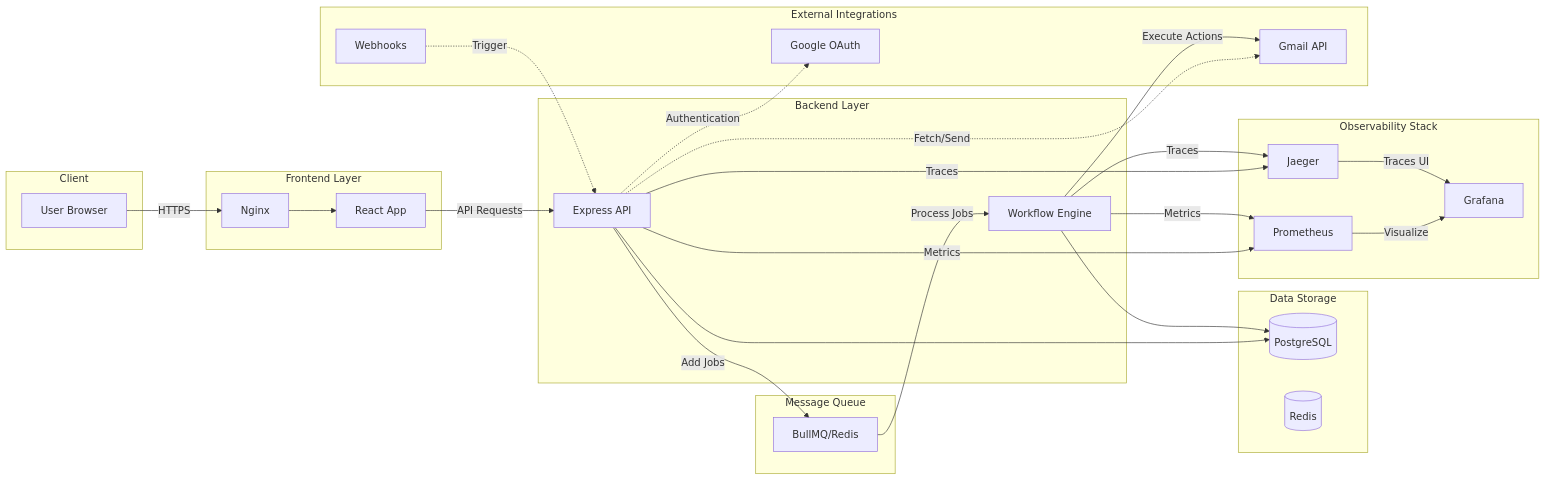
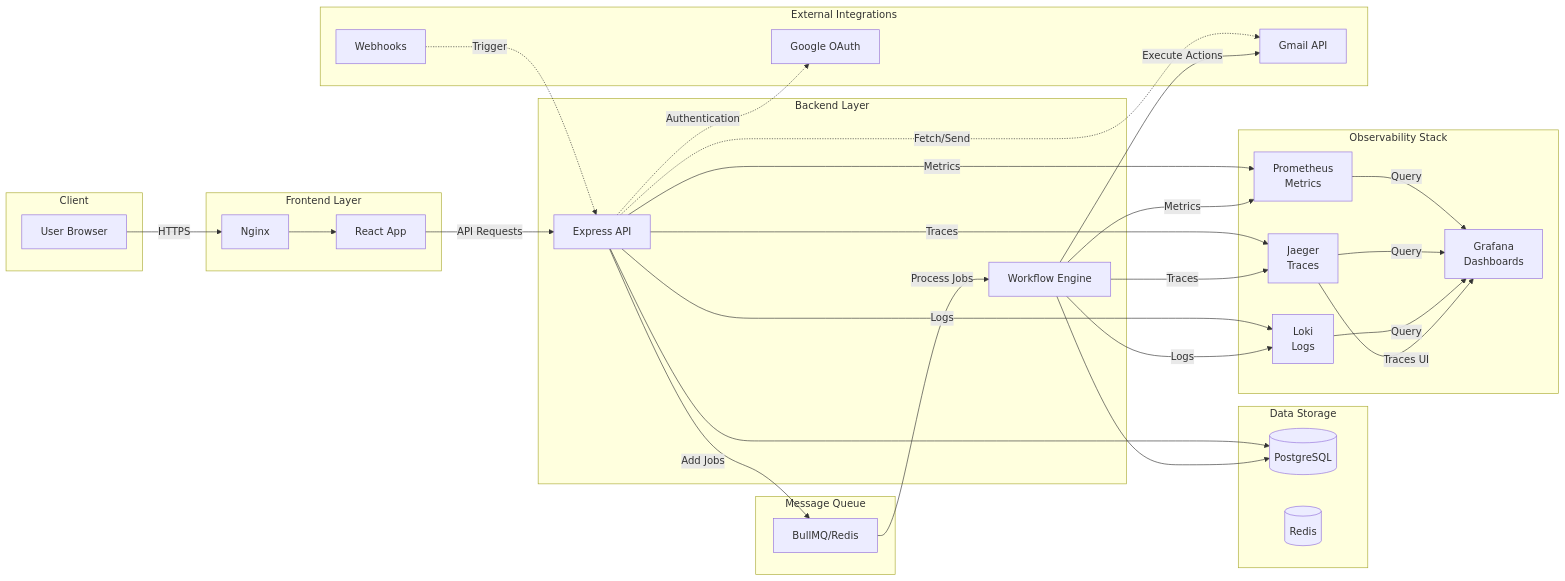
One commit to JagjeevanAK/nEn changed the diagram in README.md. Above: the diagram before and after it, drawn with Mermaid. The commit also changed other lines of this file and 13 other files, not shown here.

````diff
--- a/README.md
+++ b/README.md
@@ -7,56 +7,61 @@
 ```mermaid
 flowchart LR
     subgraph Client
         A[User Browser]
     end
     
     subgraph Frontend["Frontend Layer"]
         B[Nginx]
         C[React App]
     end
     
     subgraph Backend["Backend Layer"]
         D[Express API]
         E[Workflow Engine]
     end
     
     subgraph Queue["Message Queue"]
         Q[BullMQ/Redis]
     end
     
     subgraph Storage["Data Storage"]
         F[(PostgreSQL)]
         G[(Redis)]
     end
     
     subgraph Monitoring["Observability Stack"]
-        M1[Prometheus]
-        M2[Grafana]
-        M3[Jaeger]
+        M1[Prometheus<br/>Metrics]
+        M2[Grafana<br/>Dashboards]
+        M3[Jaeger<br/>Traces]
+        M4[Loki<br/>Logs]
     end
     
     subgraph External["External Integrations"]
         H[Google OAuth]
         I[Gmail API]
         J[Webhooks]
     end
     
     A -->|HTTPS| B
     B --> C
     C -->|API Requests| D
     D --> F
     D -->|Add Jobs| Q
     D -.->|Authentication| H
     D -.->|Fetch/Send| I
     J -.->|Trigger| D
     Q -->|Process Jobs| E
     E --> F
     E -->|Execute Actions| I
     
     D -->|Metrics| M1
     E -->|Metrics| M1
     D -->|Traces| M3
     E -->|Traces| M3
-    M1 -->|Visualize| M2
+    D -->|Logs| M4
+    E -->|Logs| M4
+    M1 -->|Query| M2
+    M3 -->|Query| M2
+    M4 -->|Query| M2
     M3 -->|Traces UI| M2
 ```
````
